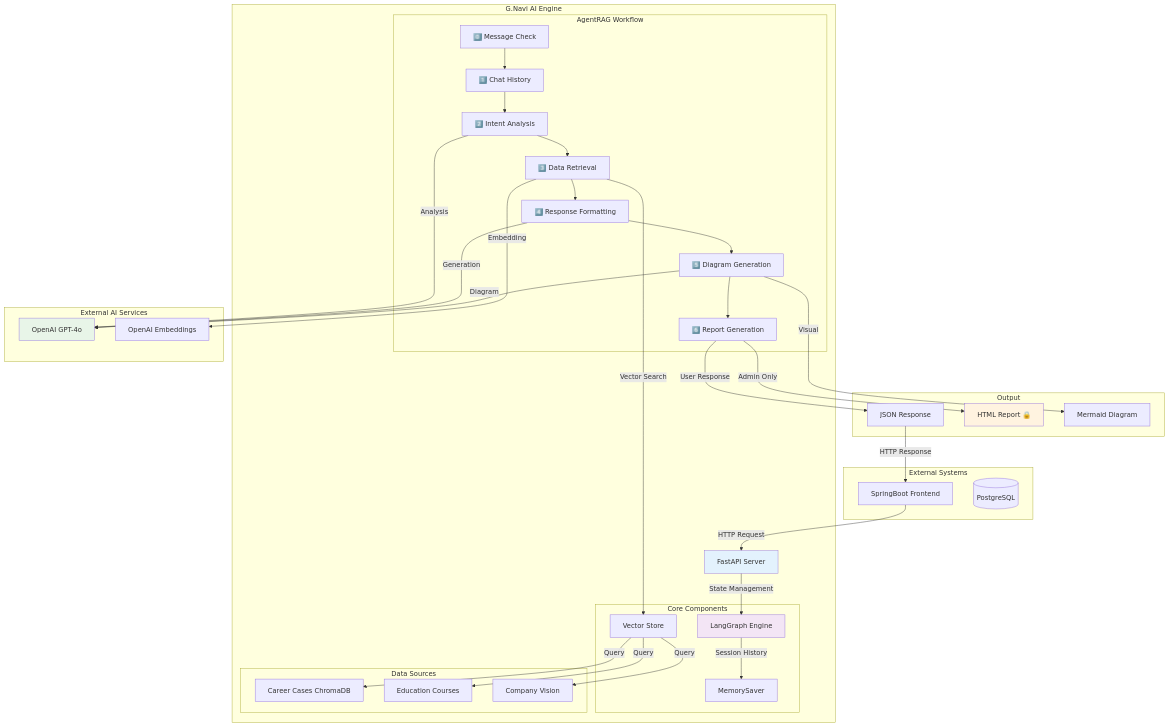
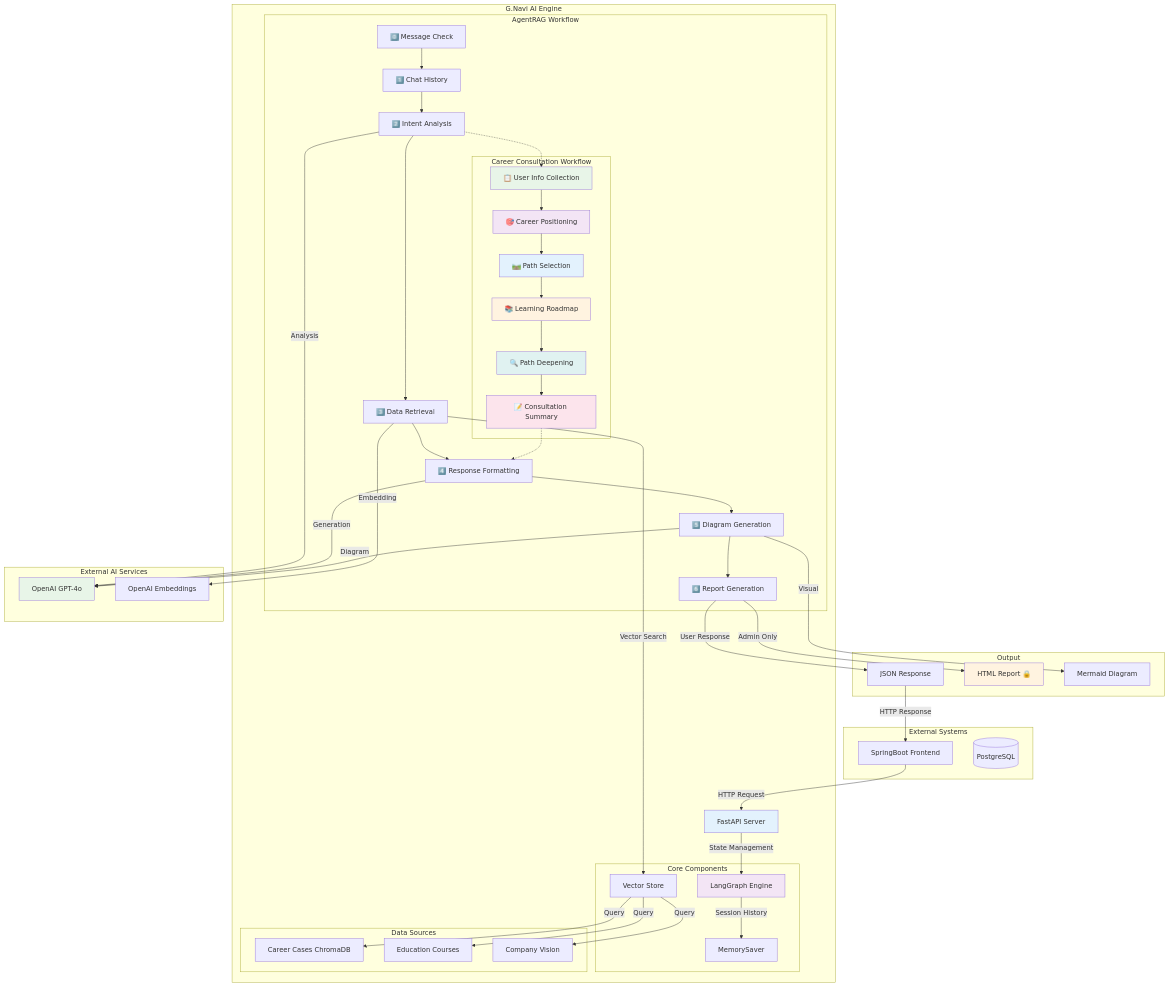
Before and after one commit to SK4toB/g-navi-ai-api: the first of 4 diagrams in README.md, drawn with Mermaid. The commit also changed other lines of this file and 13 other files, not shown here.

````diff
--- a/README.md
+++ b/README.md
@@ -91,12 +93,30 @@
             DG[5️⃣ Diagram Generation]
             RG[6️⃣ Report Generation]
             
+            subgraph "Career Consultation Workflow"
+                UIC[📋 User Info Collection]
+                CP[🎯 Career Positioning]
+                PS[🛤️ Path Selection]
+                LR[📚 Learning Roadmap]
+                PD[🔍 Path Deepening]
+                CS[📝 Consultation Summary]
+            end
+            
             MC --> CH
             CH --> IA
             IA --> DR
             DR --> RF
             RF --> DG
             DG --> RG
+            
+            %% Career Consultation Flow
+            IA -.-> UIC
+            UIC --> CP
+            CP --> PS
+            PS --> LR
+            LR --> PD
+            PD --> CS
+            CS -.-> RF
         end
         
         subgraph "Core Components"
@@ -146,4 +166,10 @@
     style LG fill:#f3e5f5
     style GPT fill:#e8f5e8
     style HTML fill:#fff3e0
+    style UIC fill:#e8f5e8
+    style CP fill:#f3e5f5
+    style PS fill:#e3f2fd
+    style LR fill:#fff3e0
+    style PD fill:#e0f2f1
+    style CS fill:#fce4ec
 ```
````
